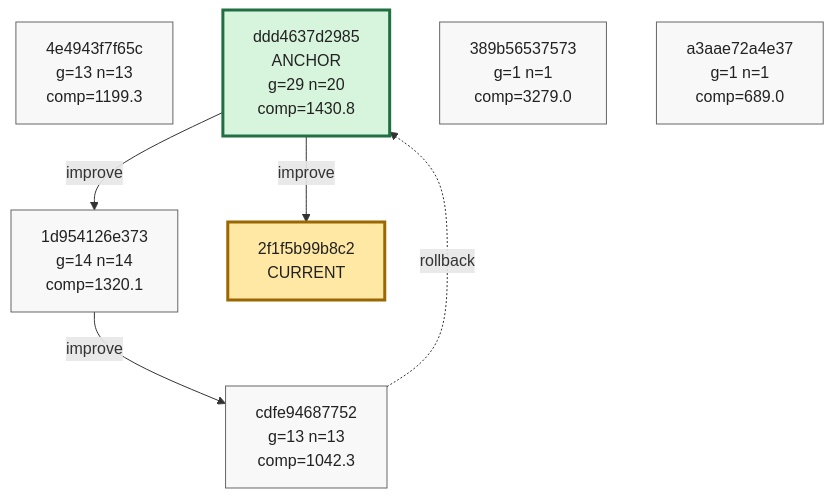
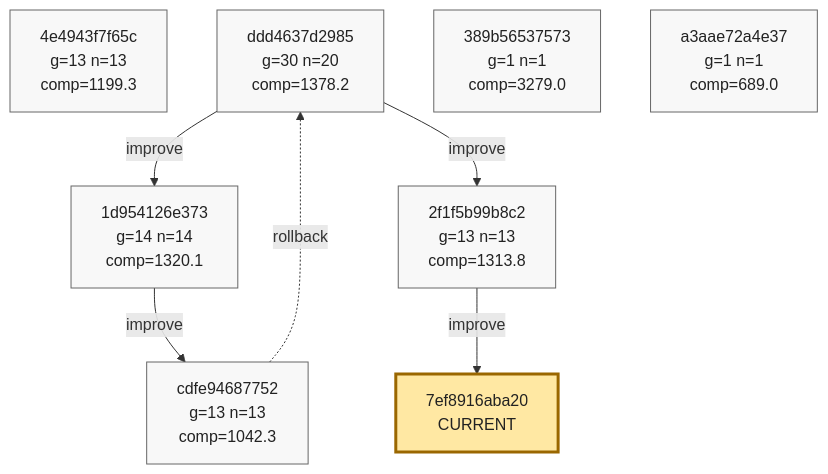
One commit to azumag/soviet_now changed the ninth of 9 diagrams in phyrogenetic-tree.md. Above: the diagram before and after it, drawn with Mermaid. The commit also changed other lines of this file and 2 other files, not shown here.

Commit message:
eloop Improve after 12 games (scores: 1522 627 1127 812 2792 2024 1932 517 2493 2295 769 1933)

````diff
--- a/phyrogenetic-tree.md
+++ b/phyrogenetic-tree.md
@@ -2233,28 +2233,31 @@
 ```mermaid
 flowchart TD
     h_4e4943f7f65c["4e4943f7f65c<br/>g=13 n=13<br/>comp=1199.3"]
-    h_ddd4637d2985["ddd4637d2985<br/>ANCHOR<br/>g=29 n=20<br/>comp=1430.8"]
+    h_ddd4637d2985["ddd4637d2985<br/>g=30 n=20<br/>comp=1378.2"]
     h_1d954126e373["1d954126e373<br/>g=14 n=14<br/>comp=1320.1"]
     h_cdfe94687752["cdfe94687752<br/>g=13 n=13<br/>comp=1042.3"]
+    h_2f1f5b99b8c2["2f1f5b99b8c2<br/>g=13 n=13<br/>comp=1313.8"]
     h_389b56537573["389b56537573<br/>g=1 n=1<br/>comp=3279.0"]
     h_a3aae72a4e37["a3aae72a4e37<br/>g=1 n=1<br/>comp=689.0"]
-    h_2f1f5b99b8c2["2f1f5b99b8c2<br/>CURRENT"]
+    h_7ef8916aba20["7ef8916aba20<br/>CURRENT"]
 
     h_ddd4637d2985 -->|improve| h_1d954126e373
     h_1d954126e373 -->|improve| h_cdfe94687752
     h_cdfe94687752 -. rollback .-> h_ddd4637d2985
     h_ddd4637d2985 -->|improve| h_2f1f5b99b8c2
+    h_2f1f5b99b8c2 -->|improve| h_7ef8916aba20
 
     classDef plain fill:#f8f8f8,stroke:#666,stroke-width:1px,color:#222;
     classDef current fill:#ffe8a3,stroke:#9a6700,stroke-width:3px,color:#222;
     classDef anchor fill:#d7f5dd,stroke:#1f6f43,stroke-width:3px,color:#222;
     classDef current_anchor fill:#f3e4a8,stroke:#1f6f43,stroke-width:4px,color:#222;
 
     class h_4e4943f7f65c plain;
-    class h_ddd4637d2985 anchor;
+    class h_ddd4637d2985 plain;
     class h_1d954126e373 plain;
     class h_cdfe94687752 plain;
+    class h_2f1f5b99b8c2 plain;
     class h_389b56537573 plain;
     class h_a3aae72a4e37 plain;
-    class h_2f1f5b99b8c2 current;
+    class h_7ef8916aba20 current;
 ```
````
